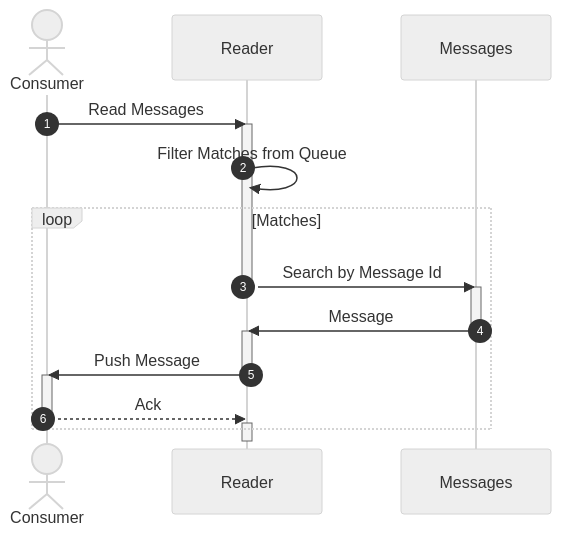
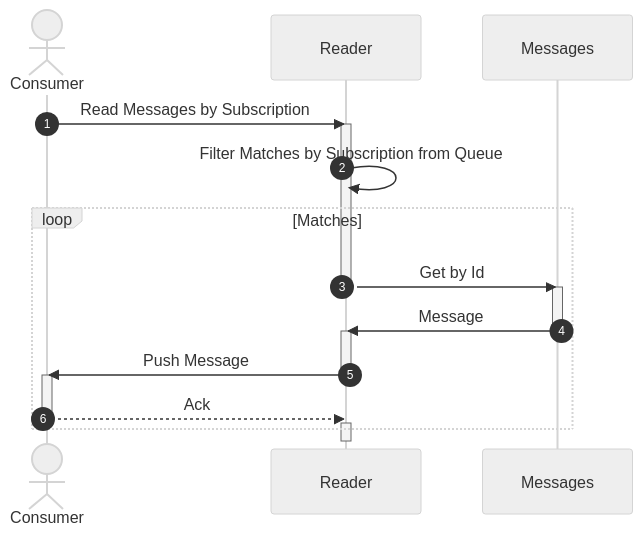
One commit to awakari/.github changed the second of 2 diagrams in profile/README.md. Above: the diagram before and after it, drawn with Mermaid. The commit also changed other lines of this file and 2 other files, not shown here.

Commit message:
readme update

````diff
--- a/profile/README.md
+++ b/profile/README.md
@@ -202,36 +206,36 @@
 ```mermaid
 %%{init: {'theme': 'neutral' } }%%
 sequenceDiagram
 
     autonumber
 
     actor Consumer
     participant Reader
     participant Messages
 
-    Consumer->>Reader: Read Messages
+    Consumer->>Reader: Read Messages by Subscription
 
     activate Reader
-    Reader->>Reader: Filter Matches from Queue
+    Reader->>Reader: Filter Matches by Subscription from Queue
     loop Matches
 
-        Reader->>Messages: Search by Message Id
+        Reader->>Messages: Get by Id
         deactivate Reader
     
         activate Messages
         Messages->>Reader: Message
         deactivate Messages
         
         activate Reader
         Reader->>Consumer: Push Message
         deactivate Reader
 
         activate Consumer
         Consumer-->>Reader: Ack
         deactivate Consumer
         
         activate Reader
     
     end
     deactivate Reader
 ```
````
